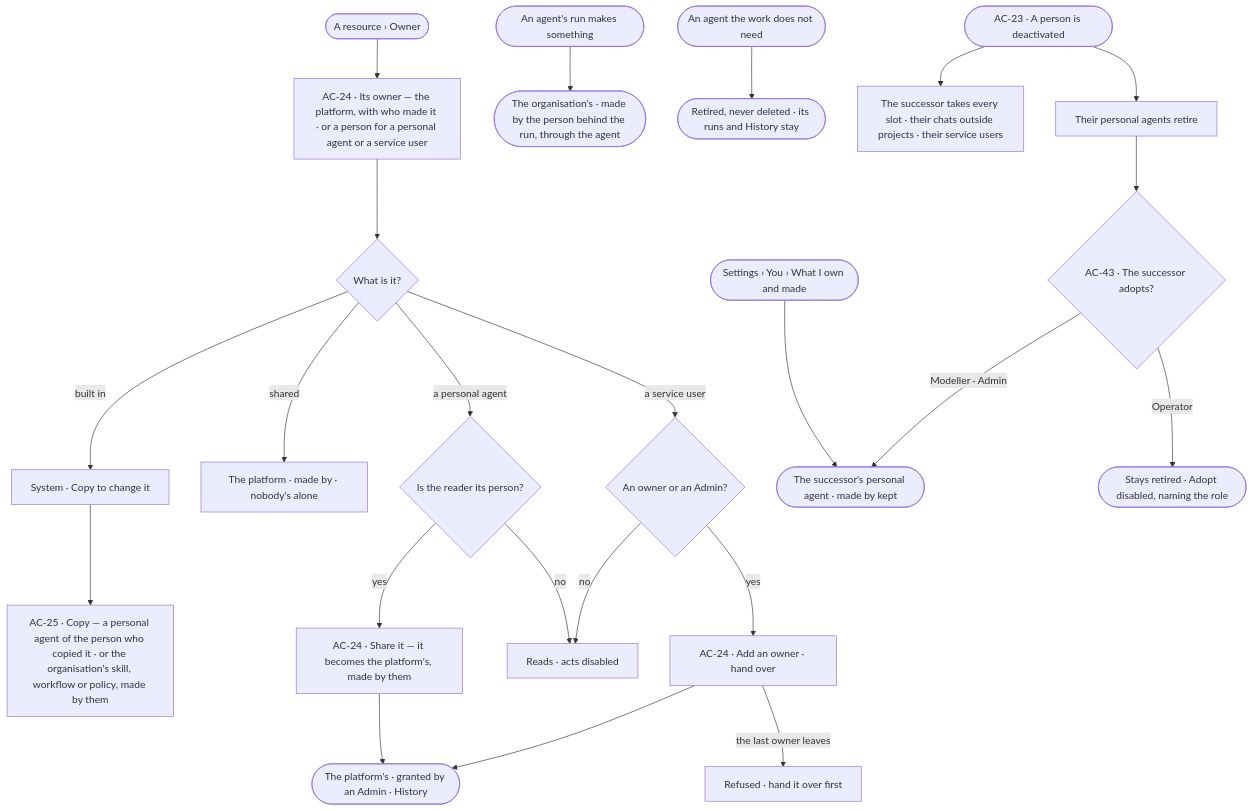
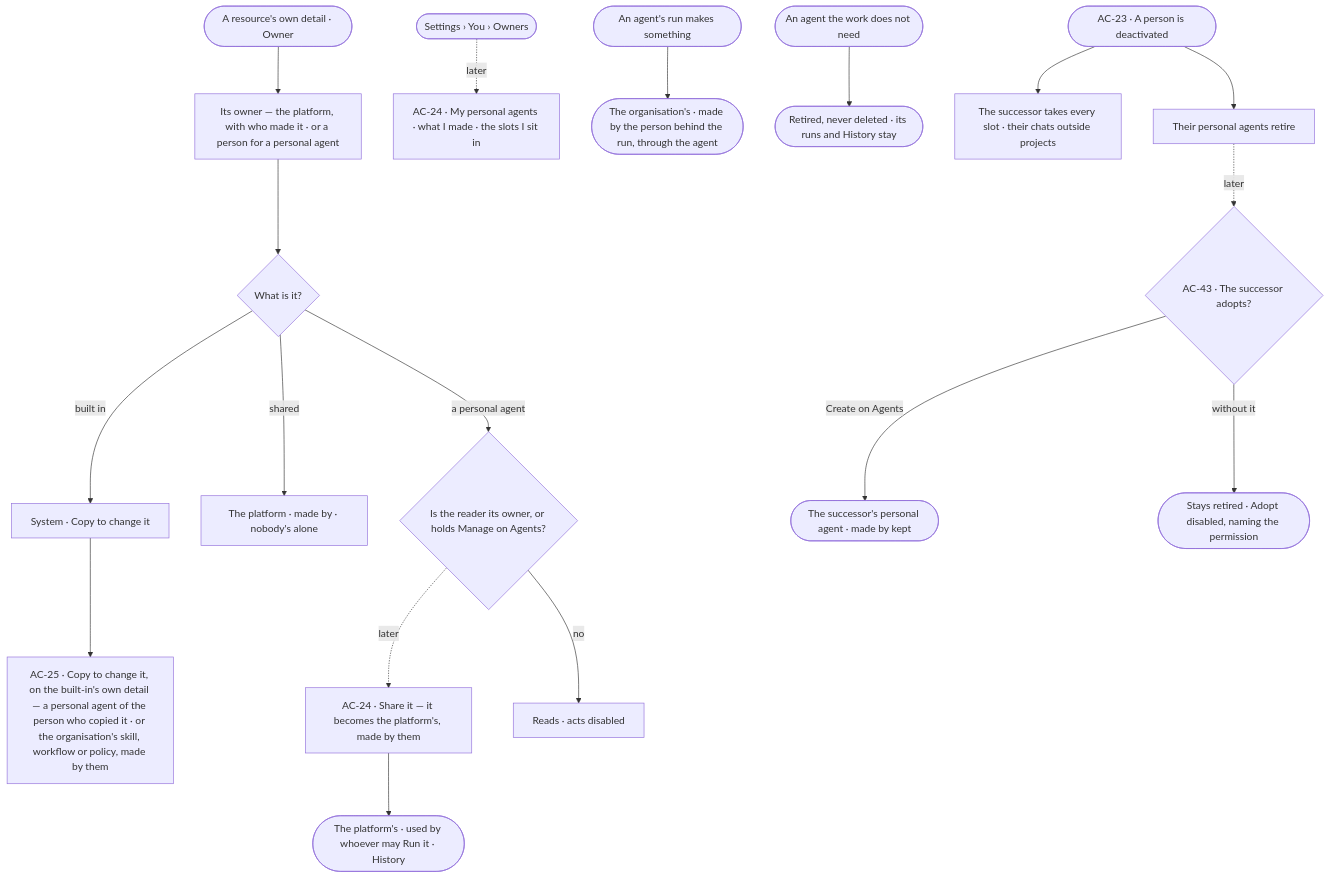
One commit to invana/invana changed the diagram in specs/os/access/features/AC-F07-ownership/feature.md. Above: the diagram before and after it, drawn with Mermaid. The commit also changed other lines of this file and 456 other files, not shown here.

````diff
--- a/specs/os/access/features/AC-F07-ownership/feature.md
+++ b/specs/os/access/features/AC-F07-ownership/feature.md
@@ -28,25 +28,20 @@
 ```mermaid
 flowchart TD
-  start([A resource › Owner]) --> list["AC-24 · Its owner — the platform, with who made it · or a person for a personal agent or a service user"]
+  start([A resource's own detail · Owner]) --> list["Its owner — the platform, with who made it · or a person for a personal agent"]
   list --> kind{"What is it?"}
   kind -->|built in| bi["System · Copy to change it"]
-  bi --> copy["AC-25 · Copy — a personal agent of the person who copied it · or the organisation's skill, workflow or policy, made by them"]
+  bi --> copy["AC-25 · Copy to change it, on the built-in's own detail — a personal agent of the person who copied it · or the organisation's skill, workflow or policy, made by them"]
   kind -->|shared| sh["The platform · made by · nobody's alone"]
-  kind -->|a personal agent| pa{"Is the reader its person?"}
-  pa -->|yes| share["AC-24 · Share it — it becomes the platform's, made by them"]
+  kind -->|a personal agent| pa{"Is the reader its owner, or holds Manage on Agents?"}
+  pa -.->|later| share["AC-24 · Share it — it becomes the platform's, made by them"]
   pa -->|no| ro["Reads · acts disabled"]
-  kind -->|a service user| su{"An owner or an Admin?"}
-  su -->|yes| ho["AC-24 · Add an owner · hand over"]
-  su -->|no| ro
-  ho -->|the last owner leaves| last["Refused · hand it over first"]
-  share --> ok(["The platform's · granted by an Admin · History"])
-  ho --> ok
-  me([Settings › You › What I own and made]) --> mine["AC-24 · My personal agents · service users I own · what I made · the slots I sit in"]
+  share --> ok(["The platform's · used by whoever may Run it · History"])
+  me([Settings › You › Owners]) -.->|later| mine["AC-24 · My personal agents · what I made · the slots I sit in"]
   run([An agent's run makes something]) --> org(["The organisation's · made by the person behind the run, through the agent"])
   agent([An agent the work does not need]) --> ret(["Retired, never deleted · its runs and History stay"])
-  leave([AC-23 · A person is deactivated]) --> succ["The successor takes every slot · their chats outside projects · their service users"]
+  leave([AC-23 · A person is deactivated]) --> succ["The successor takes every slot · their chats outside projects"]
   leave --> pr["Their personal agents retire"]
-  pr --> adopt{"AC-43 · The successor adopts?"}
-  adopt -->|Modeller · Admin| mine(["The successor's personal agent · made by kept"])
-  adopt -->|Operator| stay(["Stays retired · Adopt disabled, naming the role"])
+  pr -.->|later| adopt{"AC-43 · The successor adopts?"}
+  adopt -->|Create on Agents| mine2(["The successor's personal agent · made by kept"])
+  adopt -->|without it| stay(["Stays retired · Adopt disabled, naming the permission"])
 ```
````
